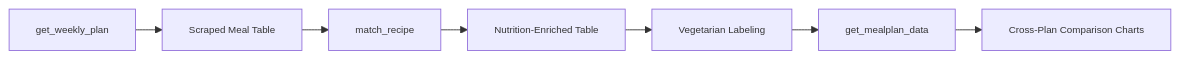
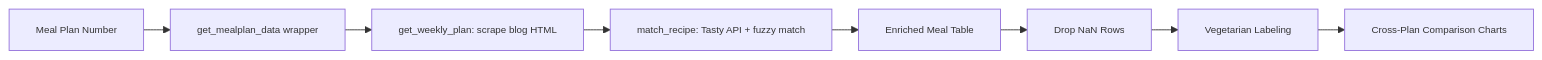
The second of 2 diagrams in README.md (PranikaC/Nutrition-Web-Scraping-Pipeline), drawn with Mermaid before and after one commit.

````diff
--- a/README.md
+++ b/README.md
@@ -127,10 +127,11 @@
 ```mermaid
 %%{init: {"theme": "default", "themeVariables": {"fontSize": "11px"}, "flowchart": {"nodeSpacing": 25, "rankSpacing": 30}}}%%
 flowchart LR
-    A[get_weekly_plan] --> B[Scraped Meal Table]
-    B --> C[match_recipe]
-    C --> D[Nutrition-Enriched Table]
-    D --> E[Vegetarian Labeling]
-    E --> F[get_mealplan_data]
-    F --> G[Cross-Plan Comparison Charts]
+    A[Meal Plan Number] --> B[get_mealplan_data wrapper]
+    B --> C[get_weekly_plan: scrape blog HTML]
+    C --> D[match_recipe: Tasty API + fuzzy match]
+    D --> E[Enriched Meal Table]
+    E --> F[Drop NaN Rows]
+    F --> G[Vegetarian Labeling]
+    G --> H[Cross-Plan Comparison Charts]
 ```
````
